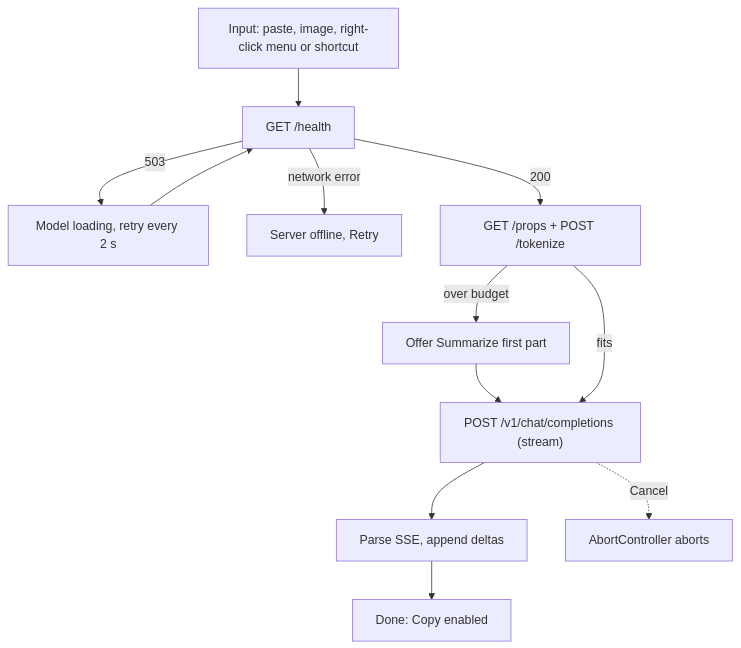
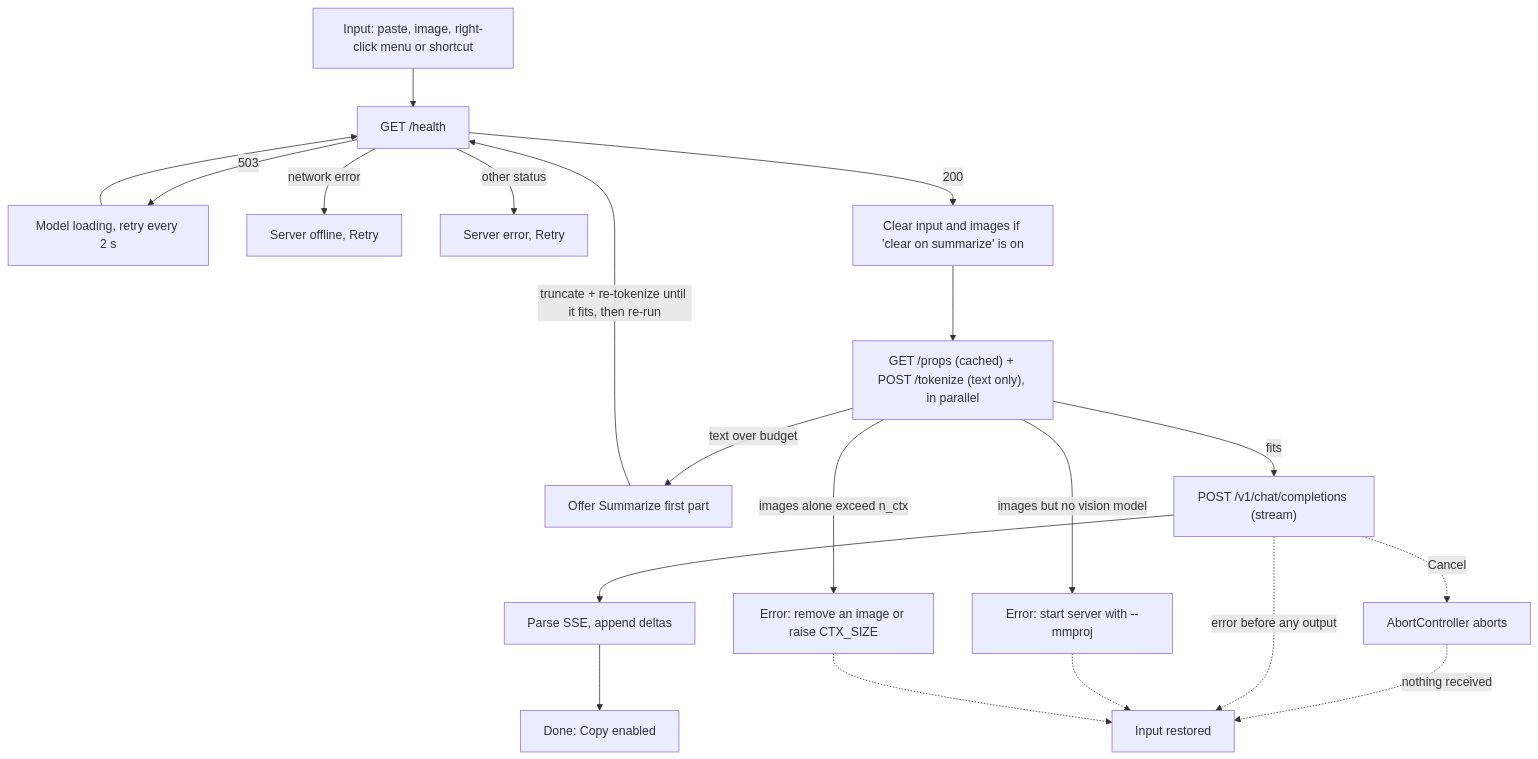
The third of 3 diagrams in README.md (SeanLangre/quick-summarize), drawn with Mermaid before and after one commit. The commit also changed other lines of this file, not shown here.

Commit message:
Update README to clarify side panel functionality and error handling for image limits

````diff
--- a/README.md
+++ b/README.md
@@ -102,12 +102,21 @@
 ```mermaid
 flowchart TD
     A["Input: paste, image, right-click menu or shortcut"] --> B["GET /health"]
     B -- "503" --> B2["Model loading, retry every 2 s"] --> B
     B -- "network error" --> B3["Server offline, Retry"]
-    B -- "200" --> C["GET /props + POST /tokenize"]
-    C -- "over budget" --> C2["Offer Summarize first part"] --> D
+    B -- "other status" --> B4["Server error, Retry"]
+    B -- "200" --> X["Clear input and images if 'clear on summarize' is on"]
+    X --> C["GET /props (cached) + POST /tokenize (text only), in parallel"]
+    C -- "images but no vision model" --> E1["Error: start server with --mmproj"]
+    C -- "images alone exceed n_ctx" --> E2["Error: remove an image or raise CTX_SIZE"]
+    C -- "text over budget" --> C2["Offer Summarize first part"]
+    C2 -- "truncate + re-tokenize until it fits, then re-run" --> B
     C -- "fits" --> D["POST /v1/chat/completions (stream)"]
     D --> E["Parse SSE, append deltas"]
     E --> F["Done: Copy enabled"]
     D -. "Cancel" .-> G["AbortController aborts"]
+    G -. "nothing received" .-> R["Input restored"]
+    D -. "error before any output" .-> R
+    E1 -.-> R
+    E2 -.-> R
 ```
````
